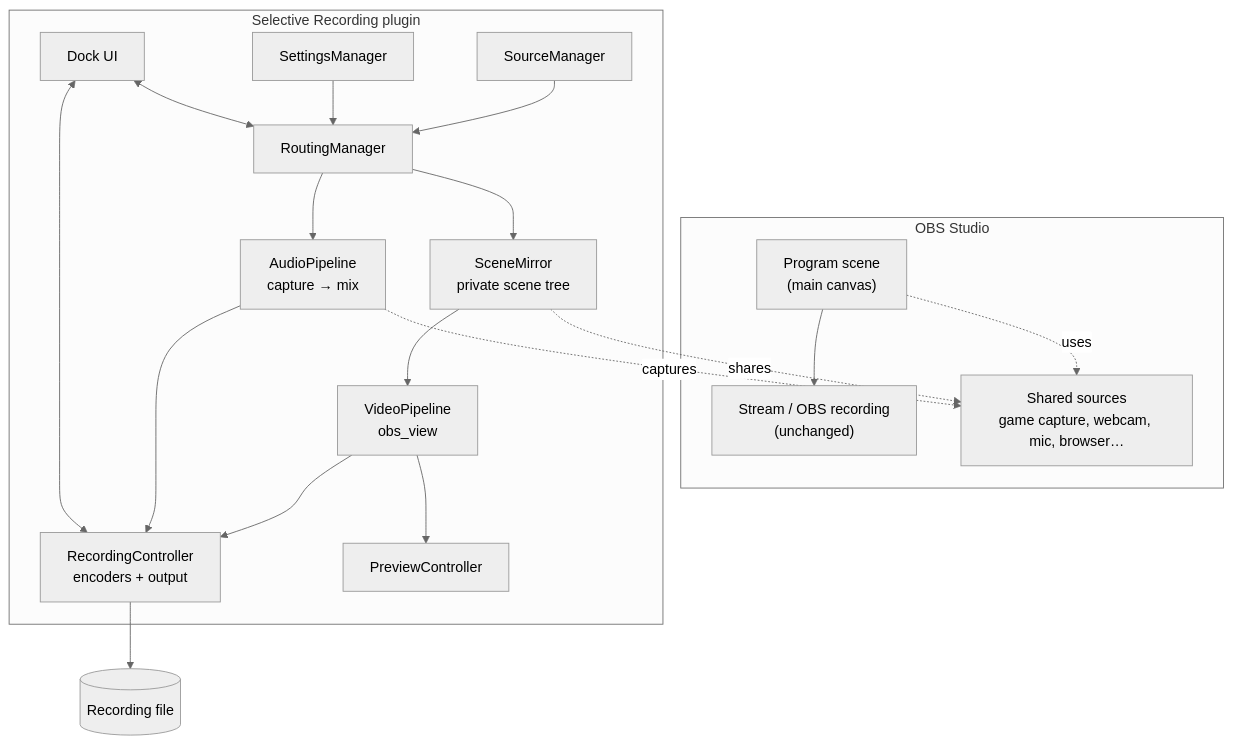
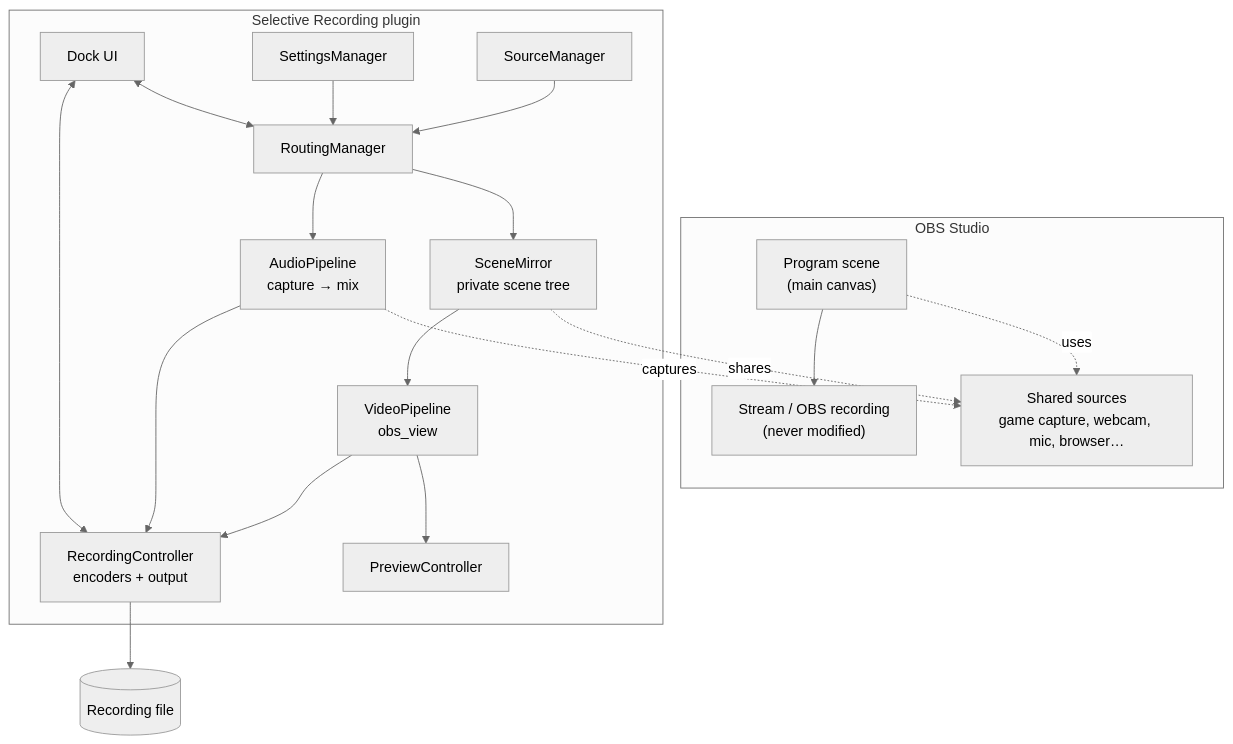
One commit to Aragami-Korosu/obs-selective-recording changed the first of 5 diagrams in docs/ARCHITECTURE.md. Above: the diagram before and after it, drawn with Mermaid (neutral theme). The commit also changed other lines of this file and 8 other files, not shown here.

````diff
--- a/docs/ARCHITECTURE.md
+++ b/docs/ARCHITECTURE.md
@@ -9,25 +9,25 @@
 ```mermaid
 flowchart TB
     subgraph OBS["OBS Studio"]
-        LIVE["Program scene<br/>(main canvas)"] --> STREAM["Stream / OBS recording<br/>(unchanged)"]
+        LIVE["Program scene<br/>(main canvas)"] --> STREAM["Stream / OBS recording<br/>(never modified)"]
         SRC["Shared sources<br/>game capture, webcam, mic, browser…"]
         LIVE -.uses.-> SRC
     end
 
     subgraph PLUGIN["Selective Recording plugin"]
         SM["SourceManager"] --> RM["RoutingManager"]
         RM --> MIRROR["SceneMirror<br/>private scene tree"]
         RM --> AP["AudioPipeline<br/>capture → mix"]
         MIRROR -.shares.-> SRC
         AP -.captures.-> SRC
         MIRROR --> VP["VideoPipeline<br/>obs_view"]
         VP --> REC["RecordingController<br/>encoders + output"]
         AP --> REC
         VP --> PREV["PreviewController"]
         SET["SettingsManager"] --> RM
         DOCK["Dock UI"] <--> RM
         DOCK <--> REC
     end
 
     REC --> FILE[("Recording file")]
 ```
````
